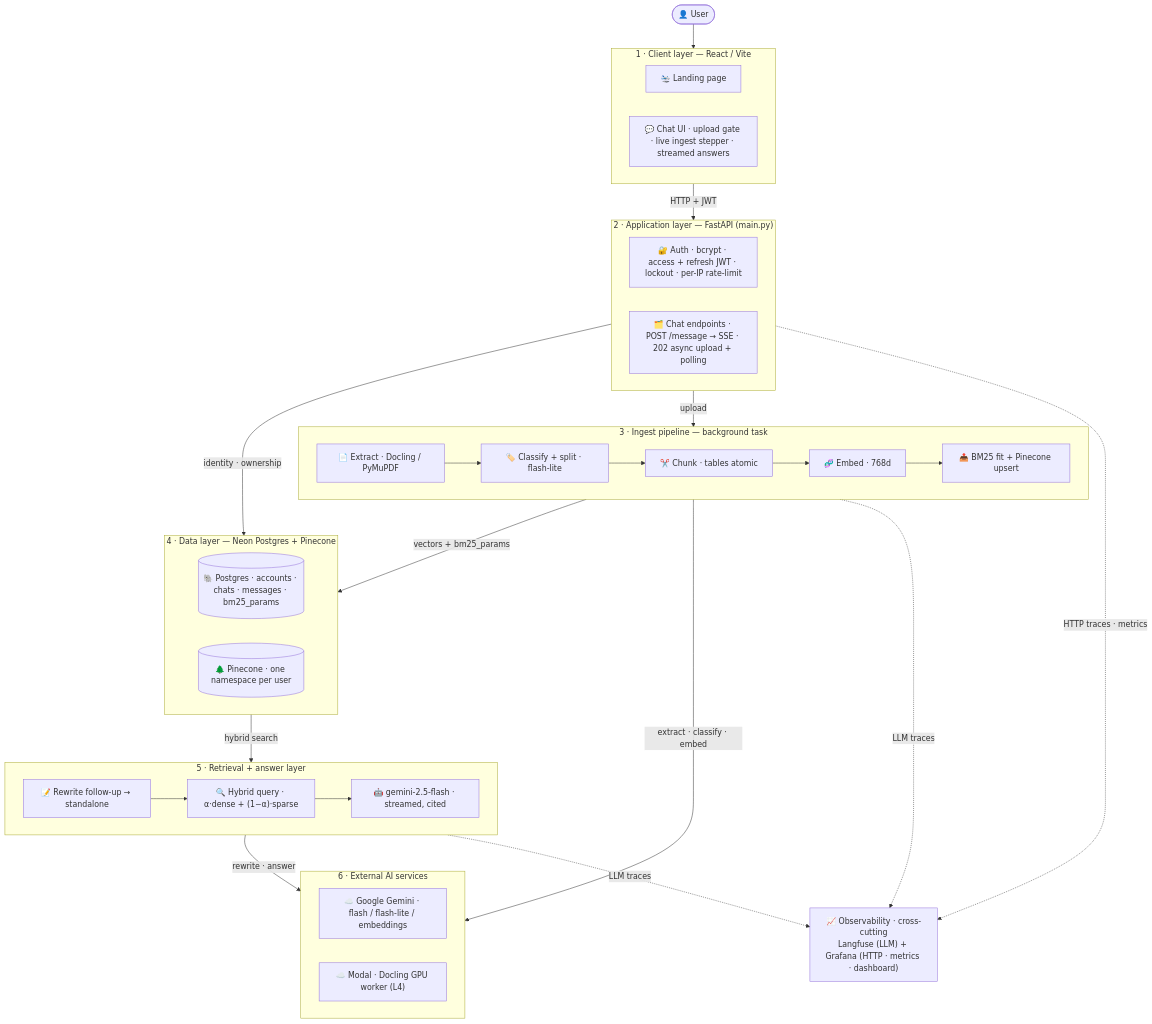
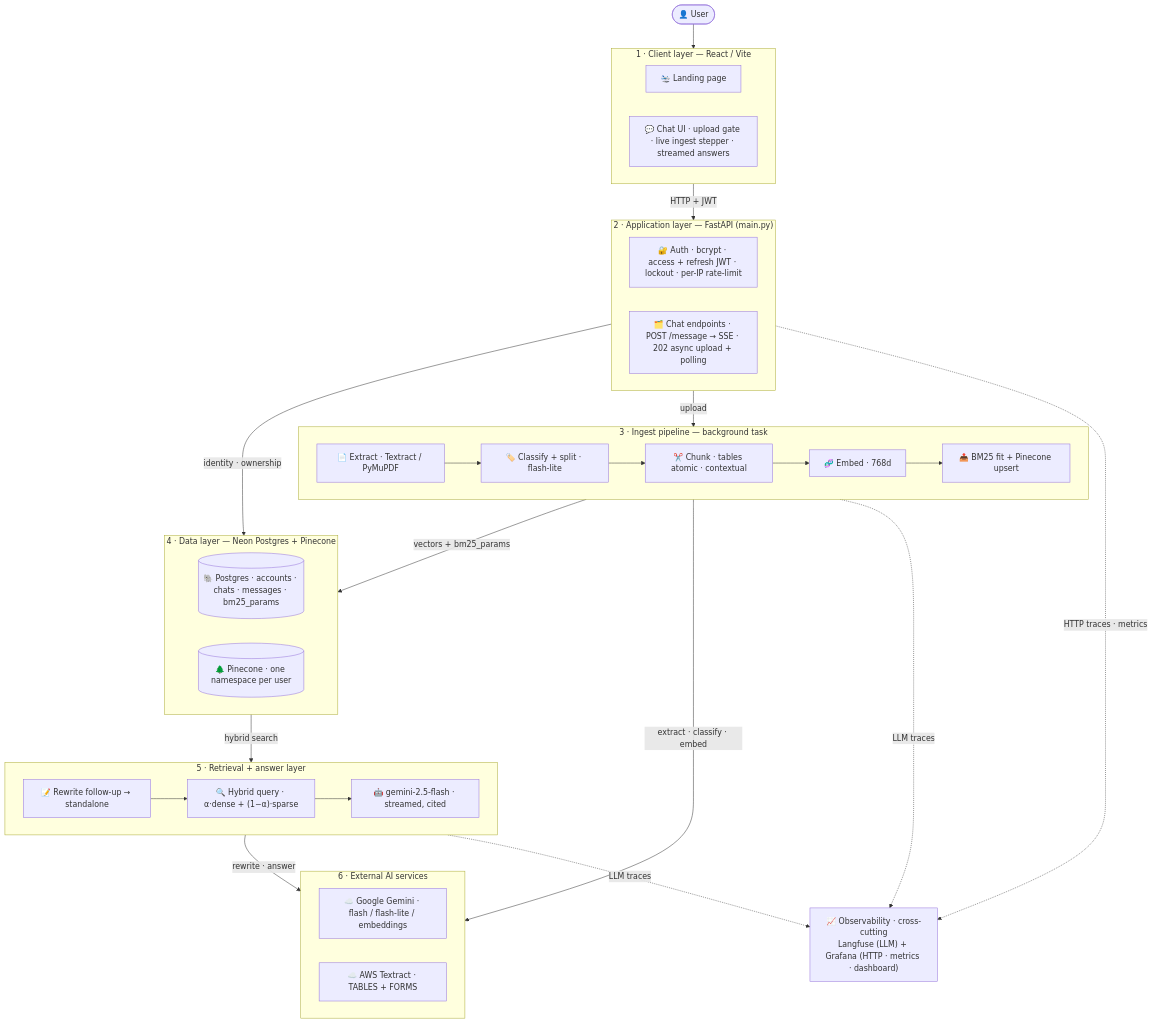
One commit to VIVPM/document-retrieval-system changed the diagram in README.md. Above: the diagram before and after it, drawn with Mermaid. The commit also changed other lines of this file, not shown here.

First line of the commit message:
docs: rewrite README for Textract pipeline and current k=6 results

````diff
--- a/README.md
+++ b/README.md
@@ -33,48 +33,48 @@
 ```mermaid
 graph TD
     User(["👤 User"])
 
     subgraph CLIENT ["1 · Client layer — React / Vite"]
         Land["🛬 Landing page"]
         UI["💬 Chat UI · upload gate · live ingest stepper · streamed answers"]
     end
 
     subgraph APP ["2 · Application layer — FastAPI (main.py)"]
         Auth["🔐 Auth · bcrypt · access + refresh JWT · lockout · per-IP rate-limit"]
         REST["🗂️ Chat endpoints · POST /message → SSE · 202 async upload + polling"]
     end
 
     subgraph INGEST ["3 · Ingest pipeline — background task"]
         direction LR
-        Ext["📄 Extract · Docling / PyMuPDF"] --> Split["🏷️ Classify + split · flash-lite"] --> Chunk["✂️ Chunk · tables atomic"] --> Emb["🧬 Embed · 768d"] --> Up["📤 BM25 fit + Pinecone upsert"]
+        Ext["📄 Extract · Textract / PyMuPDF"] --> Split["🏷️ Classify + split · flash-lite"] --> Chunk["✂️ Chunk · tables atomic · contextual"] --> Emb["🧬 Embed · 768d"] --> Up["📤 BM25 fit + Pinecone upsert"]
     end
 
     subgraph DATA ["4 · Data layer — Neon Postgres + Pinecone"]
         PG[("🐘 Postgres · accounts · chats · messages · bm25_params")]
         Pine[("🌲 Pinecone · one namespace per user")]
     end
 
     subgraph QUERY ["5 · Retrieval + answer layer"]
         direction LR
         RW["📝 Rewrite follow-up → standalone"] --> Hyb["🔍 Hybrid query · α·dense + (1−α)·sparse"] --> Ans["🤖 gemini-2.5-flash · streamed, cited"]
     end
 
     subgraph EXT ["6 · External AI services"]
         Gem["☁️ Google Gemini · flash / flash-lite / embeddings"]
-        Mod["☁️ Modal · Docling GPU worker (L4)"]
+        Tex["☁️ AWS Textract · TABLES + FORMS"]
     end
 
     OBS["📈 Observability · cross-cutting<br>Langfuse (LLM) + Grafana (HTTP · metrics · dashboard)"]
 
     User --> CLIENT
     CLIENT -->|HTTP + JWT| APP
     APP -->|identity · ownership| DATA
     APP -->|upload| INGEST
     INGEST -->|vectors + bm25_params| DATA
     DATA -->|hybrid search| QUERY
     INGEST -->|extract · classify · embed| EXT
     QUERY -->|rewrite · answer| EXT
     APP -.->|HTTP traces · metrics| OBS
     INGEST -.->|LLM traces| OBS
     QUERY -.->|LLM traces| OBS
 ```
````
